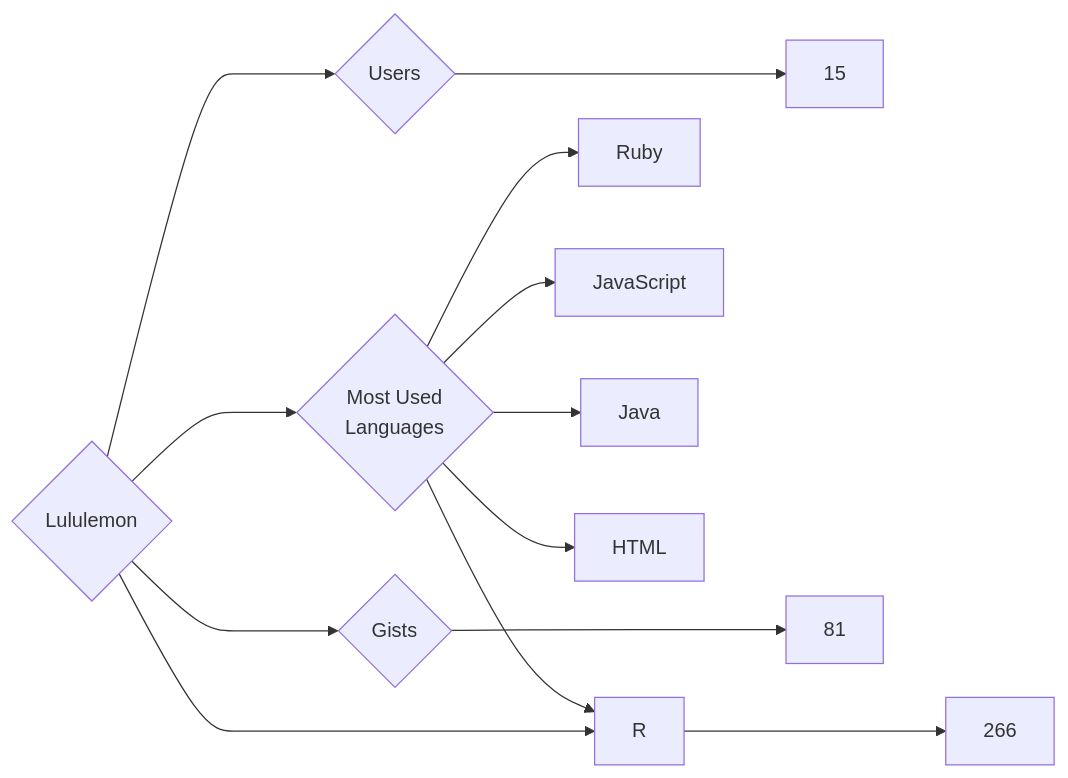
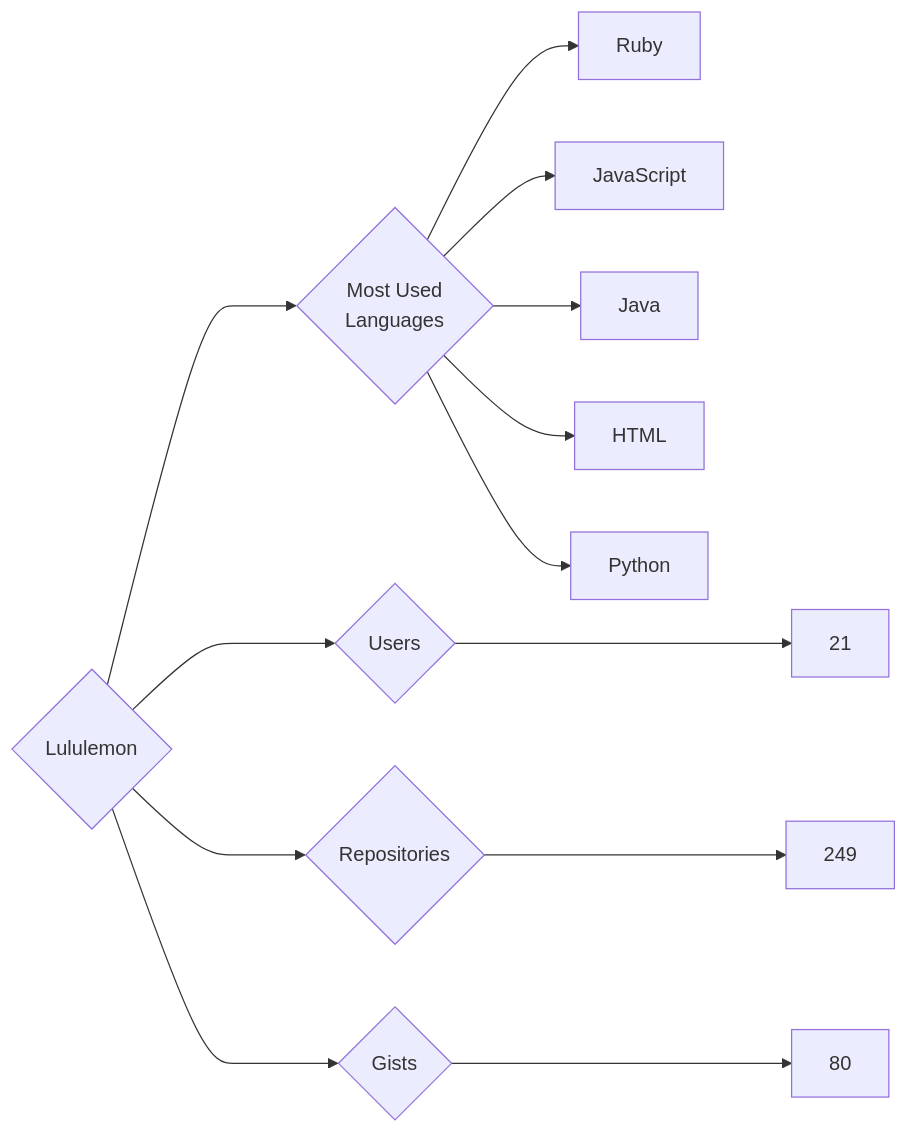
Before and after one commit to trickest/insiders: the diagram in targets/Lululemon/README.md, drawn with Mermaid. The commit also changed 944 other files, not shown here.

````diff
--- a/targets/Lululemon/README.md
+++ b/targets/Lululemon/README.md
@@ -3,13 +3,13 @@
 ```mermaid
 graph LR
 COMPANY_NAME{Lululemon}
-COMPANY_NAME ---> U{Users} ---> UN[15]
-COMPANY_NAME ---> R{Repositories} ---> RN[266]
-COMPANY_NAME ---> G{Gists} ---> GN[81]
+COMPANY_NAME ---> U{Users} ---> UN[21]
+COMPANY_NAME ---> R{Repositories} ---> RN[249]
+COMPANY_NAME ---> G{Gists} ---> GN[80]
 COMPANY_NAME ---> ML{Most Used<br>Languages}
 ML --> Ruby[Ruby]
 ML --> JavaScript[JavaScript]
 ML --> Java[Java]
 ML --> HTML[HTML]
-ML --> R[R]
+ML --> Python[Python]
 ```
````
